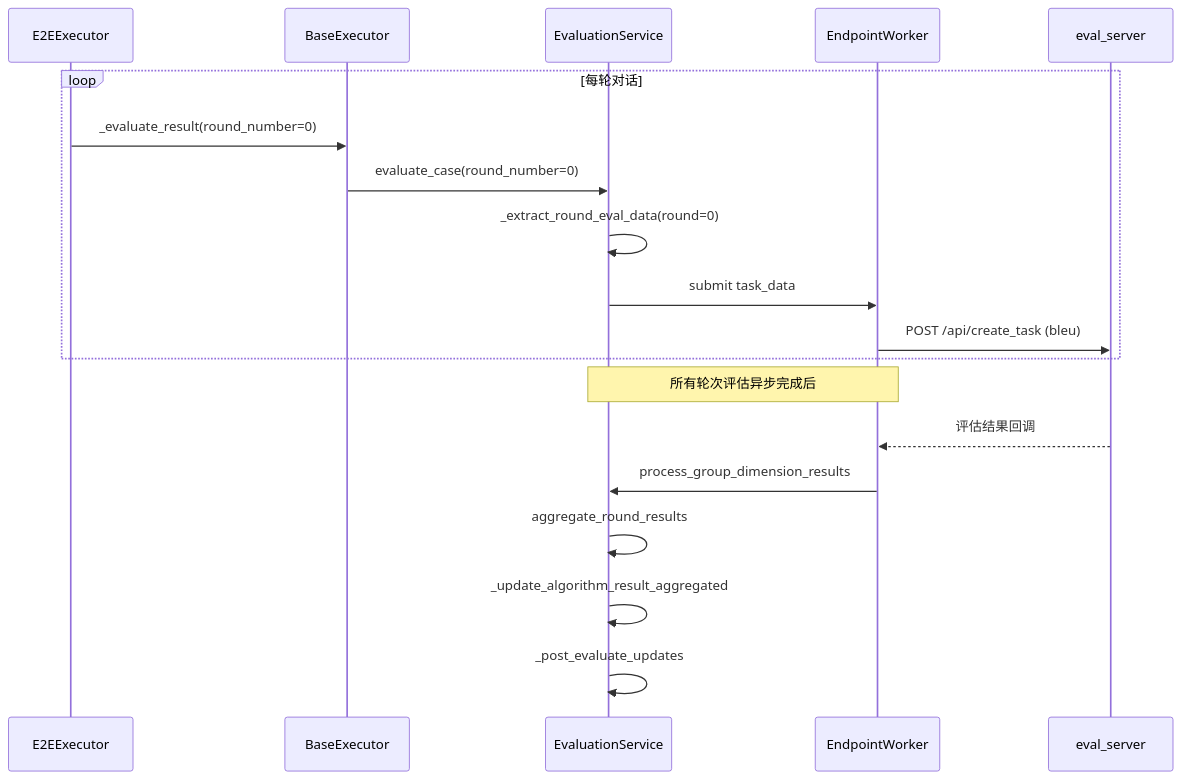
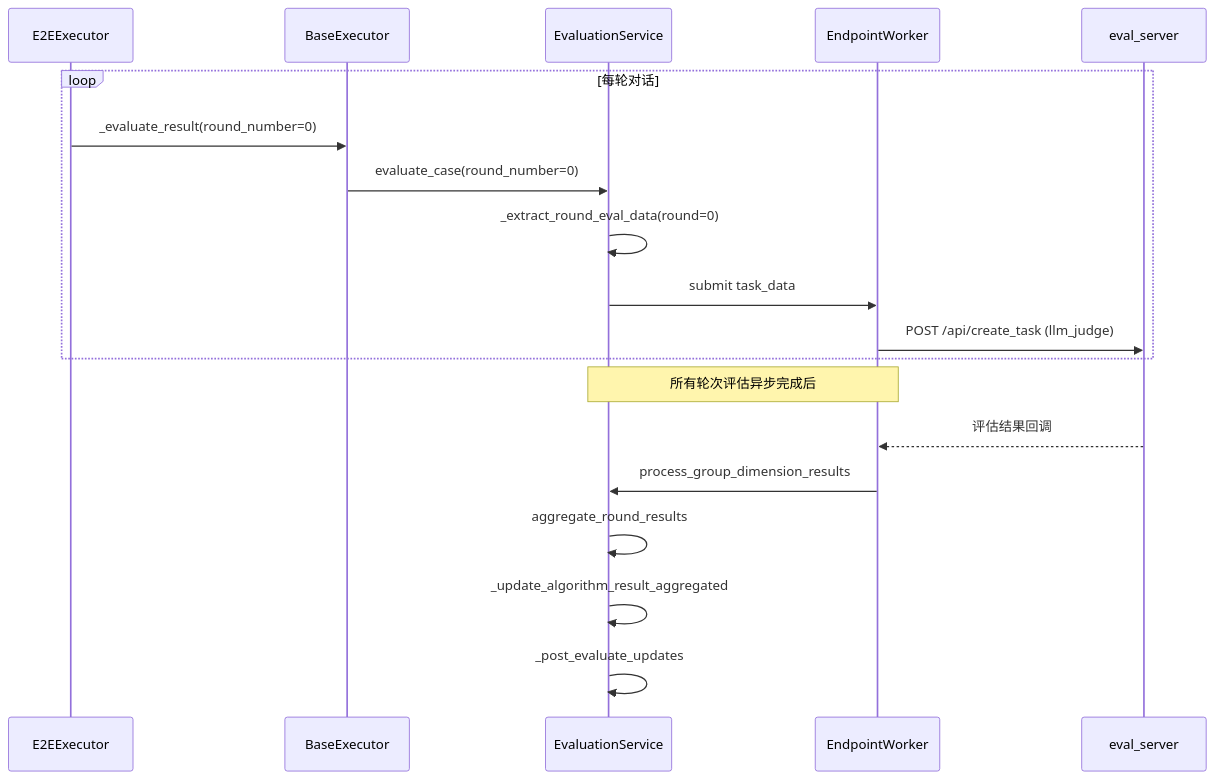
One commit to ydz-auto/intelligent_audio_test changed the diagram in Intelligent-Audio-TEST/doc/voice_llm/04_执行测试/backend/28_base_executor评估入队适配.md. Above: the diagram before and after it, drawn with Mermaid. The commit also changed 244 other files, not shown here.

````diff
--- a/Intelligent-Audio-TEST/doc/voice_llm/04_执行测试/backend/28_base_executor评估入队适配.md
+++ b/Intelligent-Audio-TEST/doc/voice_llm/04_执行测试/backend/28_base_executor评估入队适配.md
@@ -122,24 +122,24 @@
 ```mermaid
 sequenceDiagram
     participant Executor as E2EExecutor
     participant Base as BaseExecutor
     participant ES as EvaluationService
     participant EW as EndpointWorker
     participant EvalServer as eval_server
 
     loop 每轮对话
         Executor->>Base: _evaluate_result(round_number=0)
         Base->>ES: evaluate_case(round_number=0)
         ES->>ES: _extract_round_eval_data(round=0)
         ES->>EW: submit task_data
-        EW->>EvalServer: POST /api/create_task (bleu)
+        EW->>EvalServer: POST /api/create_task (llm_judge)
     end
 
     Note over ES,EW: 所有轮次评估异步完成后
 
     EvalServer-->>EW: 评估结果回调
     EW->>ES: process_group_dimension_results
     ES->>ES: aggregate_round_results
     ES->>ES: _update_algorithm_result_aggregated
     ES->>ES: _post_evaluate_updates
 ```
````
